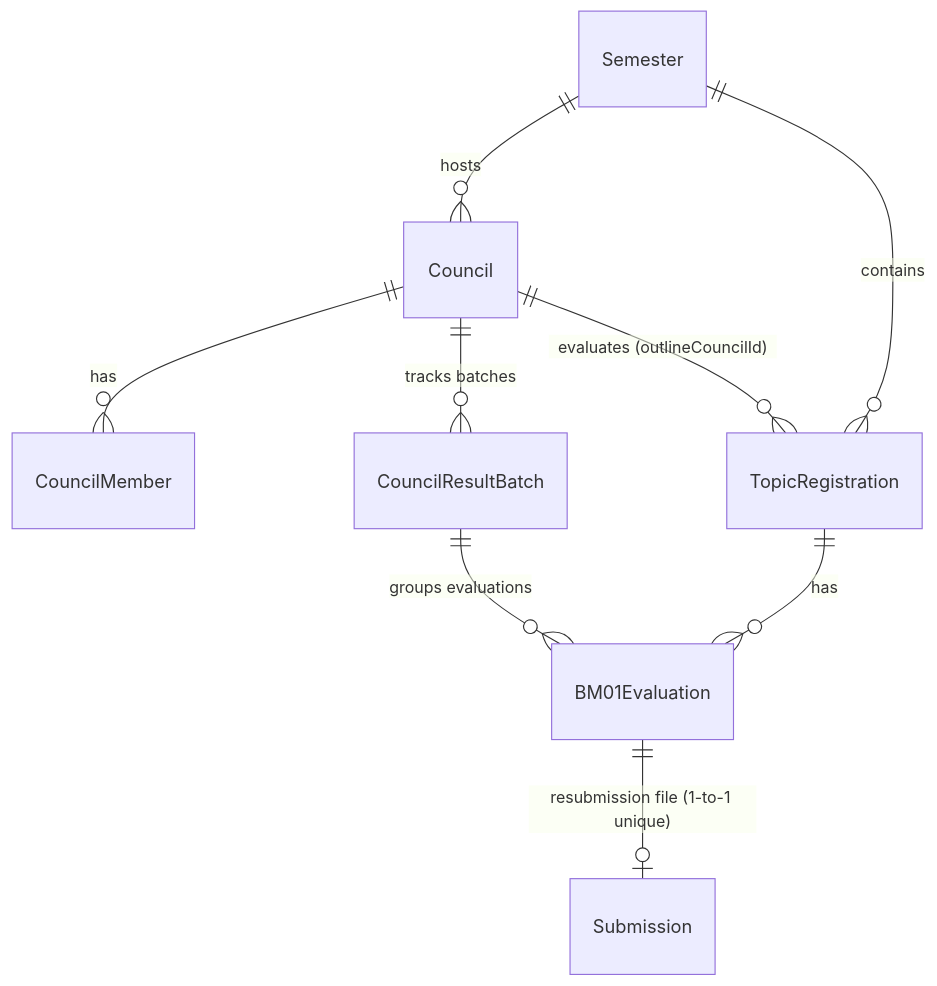
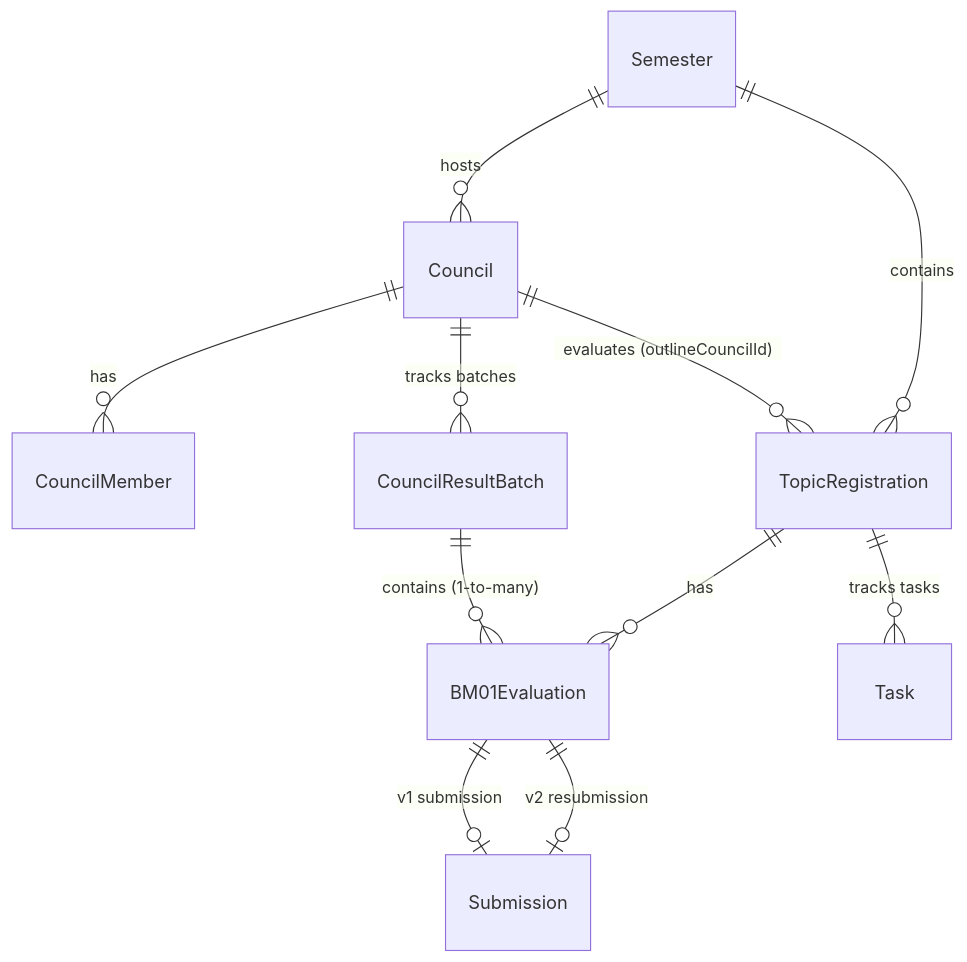
The first of 3 diagrams in docs/superpowers/specs/2026-11-10-outline-review-dossier-design.md (Cwuzto/DACN), drawn with Mermaid before and after one commit. The commit also changed other lines of this file, not shown here.

Commit message:
docs: refine design spec with atomic conditional updates, append-only batch versioning, and strict validations

````diff
--- a/docs/superpowers/specs/2026-11-10-outline-review-dossier-design.md
+++ b/docs/superpowers/specs/2026-11-10-outline-review-dossier-design.md
@@ -93,11 +97,13 @@
 ```mermaid
 erDiagram
     Semester ||--o{ Council : "hosts"
     Semester ||--o{ TopicRegistration : "contains"
     Council ||--o{ CouncilMember : "has"
     Council ||--o{ CouncilResultBatch : "tracks batches"
     Council ||--o{ TopicRegistration : "evaluates (outlineCouncilId)"
-    CouncilResultBatch ||--o{ BM01Evaluation : "groups evaluations"
+    CouncilResultBatch ||--o{ BM01Evaluation : "contains (1-to-many)"
     TopicRegistration ||--o{ BM01Evaluation : "has"
-    BM01Evaluation ||--o| Submission : "resubmission file (1-to-1 unique)"
+    BM01Evaluation ||--o| Submission : "v1 submission"
+    BM01Evaluation ||--o| Submission : "v2 resubmission"
+    TopicRegistration ||--o{ Task : "tracks tasks"
 ```
````
